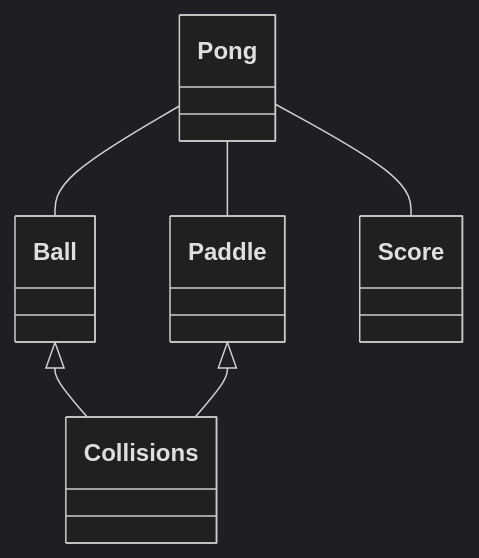
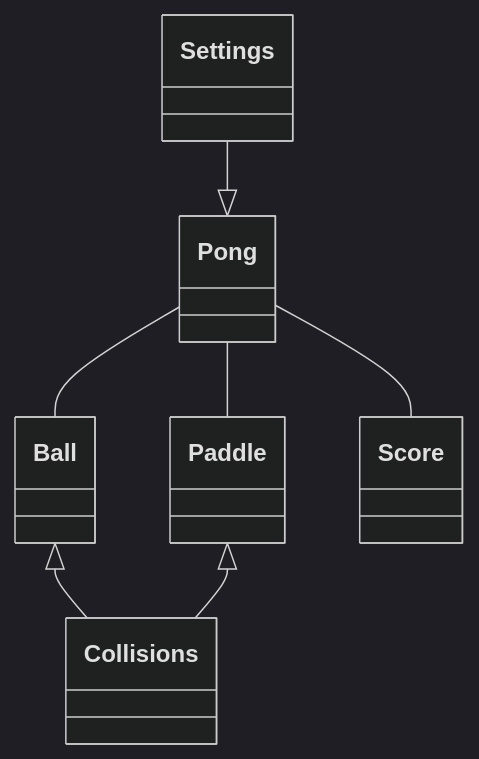
One commit to alannesanni/ot-harjoitustyo changed the second of 3 diagrams in dokumentaatio/arkkitehtuuri.md. Above: the diagram before and after it, drawn with Mermaid (dark theme). The commit also changed other lines of this file, not shown here.

````diff
--- a/dokumentaatio/arkkitehtuuri.md
+++ b/dokumentaatio/arkkitehtuuri.md
@@ -4,10 +54,11 @@
 ```mermaid
 classDiagram
     Pong -- Paddle
+    Settings --|> Pong
     Pong -- Ball
     Pong -- Score
     Ball <|-- Collisions
     Paddle <|-- Collisions
 
 
 ```
````
